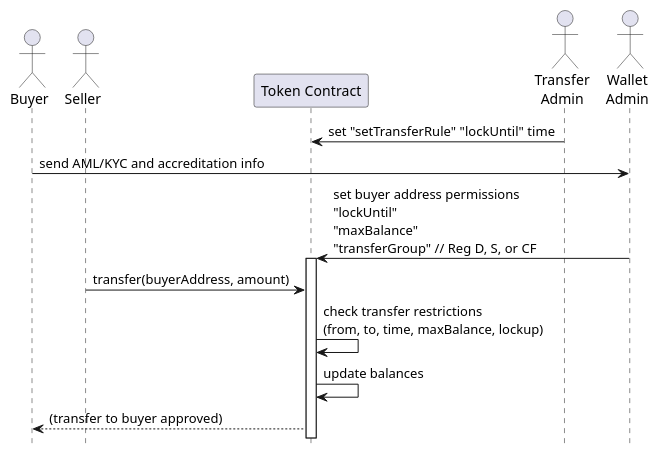
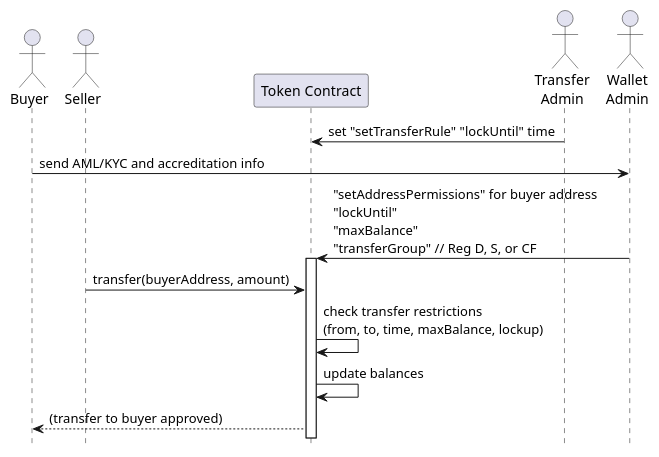
One commit to CoMakery/algorand-security-token changed the first of 2 diagrams in diagrams/diagrams.md. Above: the diagram before and after it, drawn with PlantUML. The commit also changed 2 other files, not shown here.

Commit message:
Update diagram with new "function" names

````diff
--- a/diagrams/diagrams.md
+++ b/diagrams/diagrams.md
@@ -1,19 +1,19 @@
 ```plantuml
 @startuml basic-issuance
 actor "Buyer" as Buyer
 actor "Seller" as Seller
 participant "Token Contract" as Token
 actor "Transfer\nAdmin" as TAdmin
 actor "Wallet\nAdmin" as WAdmin
 
 TAdmin -> Token: set "setTransferRule" "lockUntil" time
 Buyer -> WAdmin: send AML/KYC and accreditation info
-WAdmin -> Token: set buyer address permissions\n"lockUntil"\n"maxBalance"\n"transferGroup" // Reg D, S, or CF
+WAdmin -> Token: "setAddressPermissions" for buyer address\n"lockUntil"\n"maxBalance"\n"transferGroup" // Reg D, S, or CF
 activate Token
 Seller -> Token: transfer(buyerAddress, amount)
 Token -> Token: check transfer restrictions\n(from, to, time, maxBalance, lockup)
 Token -> Token: update balances
 Token --> Buyer: (transfer to buyer approved)
 hide footbox
 @enduml
 ```
````
